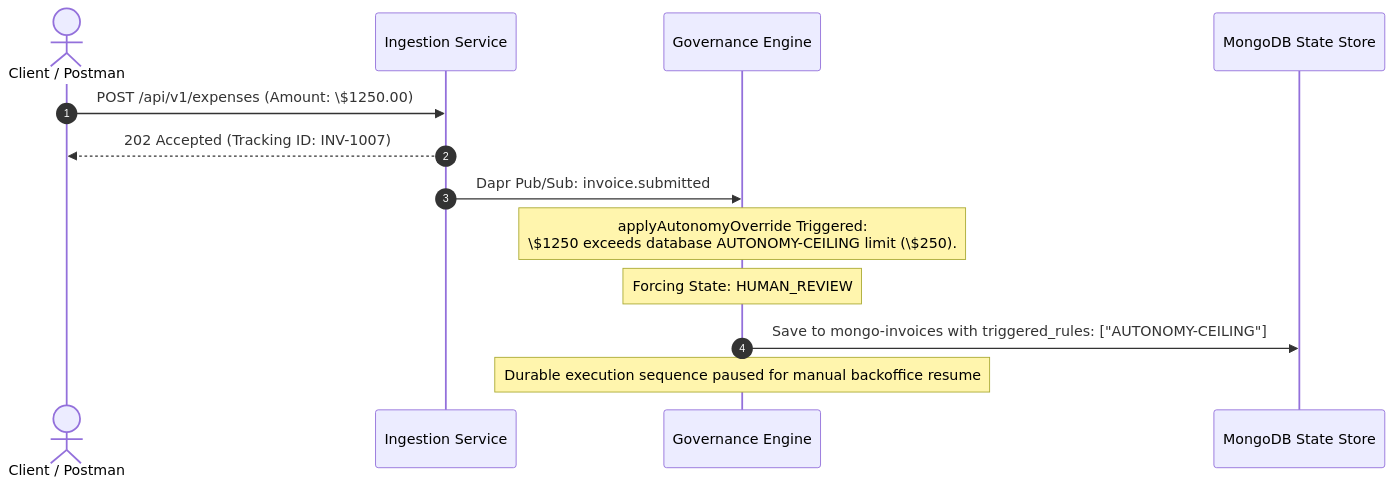
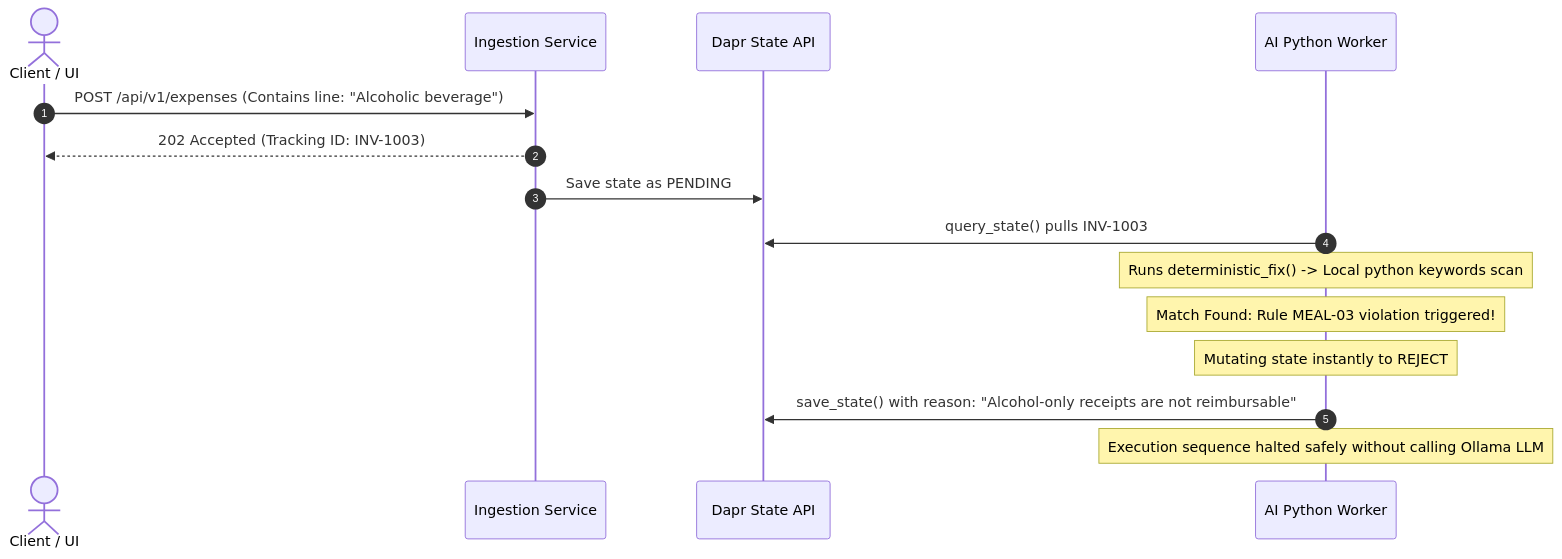
The third of 4 diagrams in docs/ARCHITECTURE.md (roman-shneer/InvoiceApprovalFlow), drawn with Mermaid before and after one commit. The commit also changed other lines of this file and 16 other files, not shown here.

First line of the commit message:
feat(ai-service): migrate to qwen2.5-coder, integrate dapr state query and fix mcp runtime pipeline

````diff
--- a/docs/ARCHITECTURE.md
+++ b/docs/ARCHITECTURE.md
@@ -103,17 +96,19 @@
 ```mermaid
 sequenceDiagram
     autonumber
-    actor Client as Client / Postman
+    actor Client as Client / UI
     participant IS as Ingestion Service
-    participant GS as Governance Engine
-    participant DB as MongoDB State Store
+    participant Dapr as Dapr State API
+    participant AW as AI Python Worker
 
-    Client->>IS: POST /api/v1/expenses (Amount: \$1250.00)
-    IS-->>Client: 202 Accepted (Tracking ID: INV-1007)
-    IS->>GS: Dapr Pub/Sub: invoice.submitted
+    Client->>IS: POST /api/v1/expenses (Contains line: "Alcoholic beverage")
+    IS-->>Client: 202 Accepted (Tracking ID: INV-1003)
+    IS->>Dapr: Save state as PENDING
     
-    Note over GS: applyAutonomyOverride Triggered:<br/>\$1250 exceeds database AUTONOMY-CEILING limit (\$250).
-    Note over GS: Forcing State: HUMAN_REVIEW
-    GS->>DB: Save to mongo-invoices with triggered_rules: ["AUTONOMY-CEILING"]
-    Note over GS: Durable execution sequence paused for manual backoffice resume
+    AW->>Dapr: query_state() pulls INV-1003
+    Note over AW: Runs deterministic_fix() -> Local python keywords scan
+    Note over AW: Match Found: Rule MEAL-03 violation triggered!
+    Note over AW: Mutating state instantly to REJECT
+    AW->>Dapr: save_state() with reason: "Alcohol-only receipts are not reimbursable"
+    Note over AW: Execution sequence halted safely without calling Ollama LLM
 ```
````
